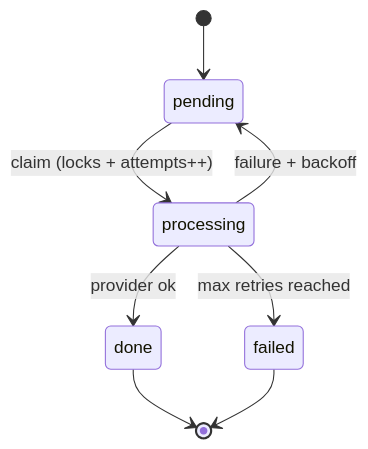
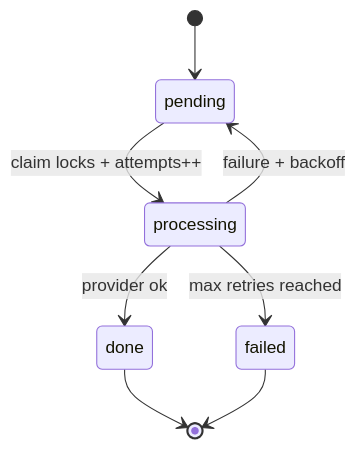
Diagram 12 of 14 in README.md (gary322/Multi-Messaging-Paid), drawn with Mermaid before and after one commit. The commit also changed other lines of this file, not shown here.

Commit message:
Docs: make all Mermaid diagrams GitHub-compatible

````diff
--- a/README.md
+++ b/README.md
@@ -790,10 +793,10 @@
 ```mermaid
 stateDiagram-v2
   [*] --> pending
-  pending --> processing: claim (locks + attempts++)
+  pending --> processing: claim locks + attempts++
   processing --> done: provider ok
   processing --> pending: failure + backoff
   processing --> failed: max retries reached
   done --> [*]
   failed --> [*]
 ```
````
